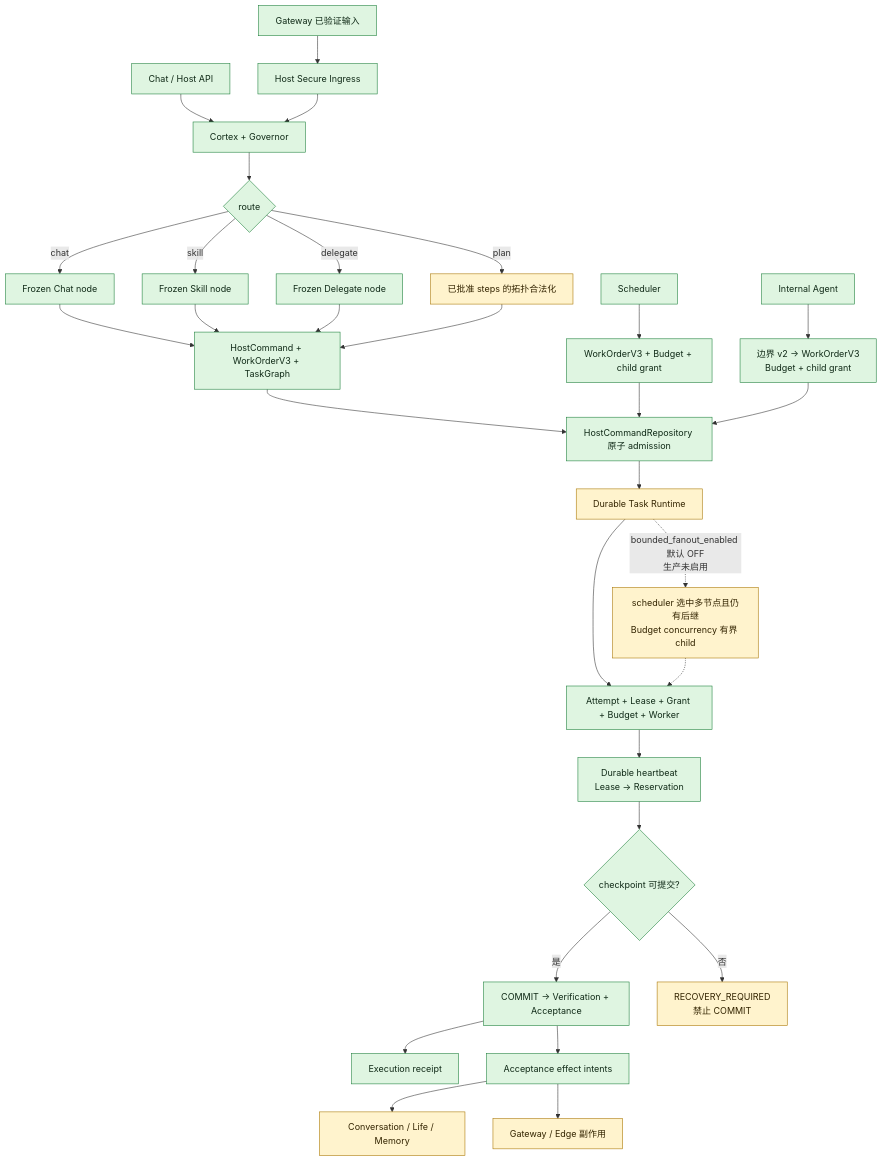
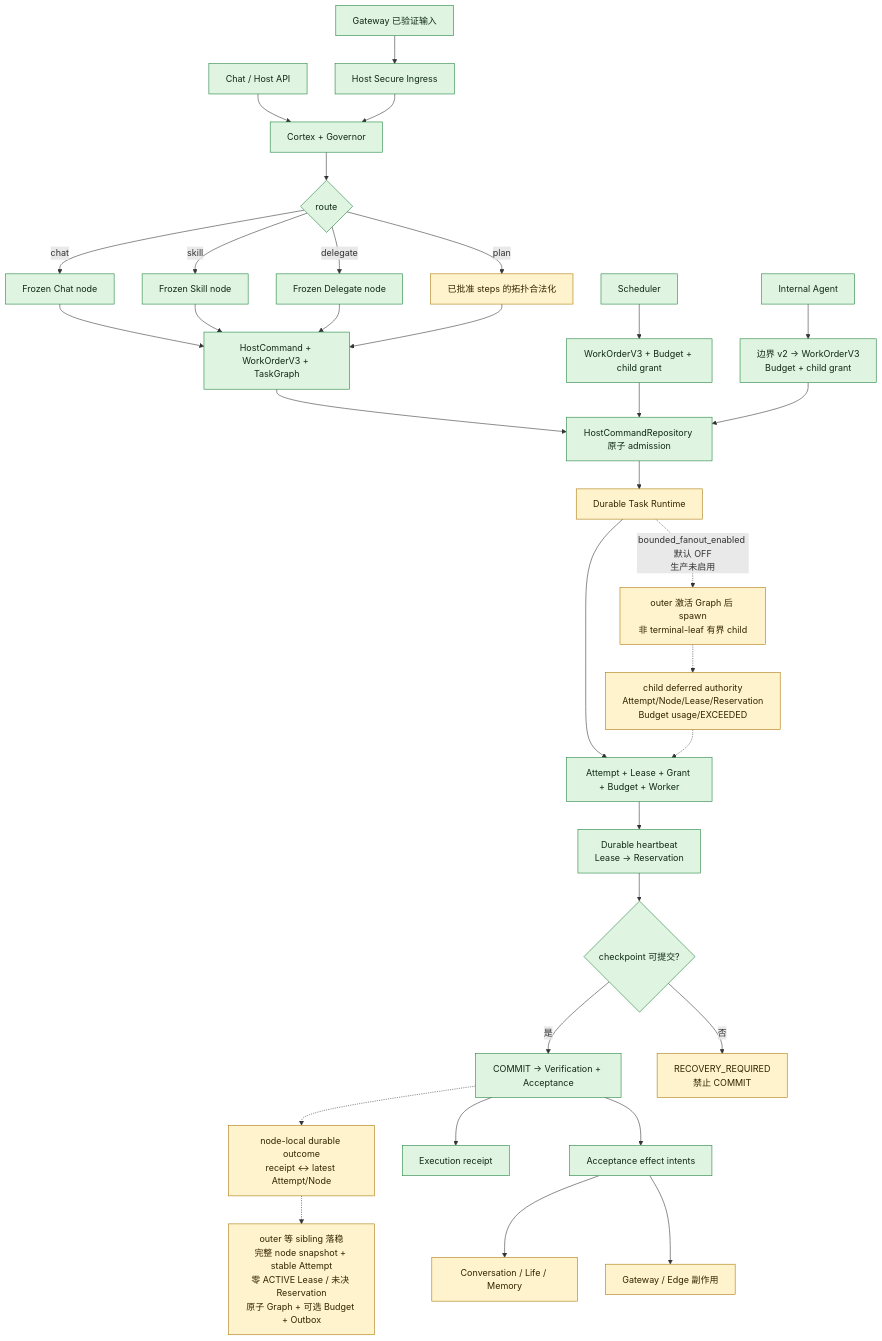
Before and after one commit to SakuraYoruno/Natsume_Ai: the first of 3 diagrams in docs/50_project/arch/DATA_FLOW_ARCHITECTURE.md, drawn with Mermaid. The commit also changed other lines of this file and 19 other files, not shown here.

````diff
--- a/docs/50_project/arch/DATA_FLOW_ARCHITECTURE.md
+++ b/docs/50_project/arch/DATA_FLOW_ARCHITECTURE.md
@@ -35,40 +35,43 @@
 ```mermaid
 flowchart TD
     UI["Chat / Host API"] --> Cortex["Cortex + Governor"]
     GW["Gateway 已验证输入"] --> Ingress["Host Secure Ingress"]
     Ingress --> Cortex
 
     Cortex --> Route{"route"}
     Route -->|chat| Chat["Frozen Chat node"]
     Route -->|skill| Skill["Frozen Skill node"]
     Route -->|delegate| Delegate["Frozen Delegate node"]
     Route -->|plan| Plan["已批准 steps 的拓扑合法化"]
 
     Chat --> Compile["HostCommand + WorkOrderV3 + TaskGraph"]
     Skill --> Compile
     Delegate --> Compile
     Plan --> Compile
     Compile --> Admission["HostCommandRepository 原子 admission"]
     Admission --> Runtime["Durable Task Runtime"]
     Runtime --> Worker["Attempt + Lease + Grant + Budget + Worker"]
-    Runtime -.->|"bounded_fanout_enabled 默认 OFF\n生产未启用"| ShadowFanOut["scheduler 选中多节点且仍有后继\nBudget concurrency 有界 child"]
-    ShadowFanOut -.-> Worker
+    Runtime -.->|"bounded_fanout_enabled 默认 OFF\n生产未启用"| ShadowFanOut["outer 激活 Graph 后 spawn\n非 terminal-leaf 有界 child"]
+    ShadowFanOut -.-> NodeLocal["child deferred authority\nAttempt/Node/Lease/Reservation\nBudget usage/EXCEEDED"]
+    NodeLocal -.-> Worker
     Worker --> HB["Durable heartbeat\nLease → Reservation"]
     HB --> Checkpoint{"checkpoint 可提交?"}
     Checkpoint -->|是| VA["COMMIT → Verification + Acceptance"]
     Checkpoint -->|否| Recovery["RECOVERY_REQUIRED\n禁止 COMMIT"]
+    VA -.-> DurableOutcome["node-local durable outcome\nreceipt ↔ latest Attempt/Node"]
+    DurableOutcome -.-> OuterSettle["outer 等 sibling 落稳\n完整 node snapshot + stable Attempt\n零 ACTIVE Lease / 未决 Reservation\n原子 Graph + 可选 Budget + Outbox"]
     VA --> Receipt["Execution receipt"]
     VA --> Effects["Acceptance effect intents"]
     Effects --> Conversation["Conversation / Life / Memory"]
     Effects --> Delivery["Gateway / Edge 副作用"]
 
     Scheduler["Scheduler"] --> SchedulerWO["WorkOrderV3 + Budget + child grant"]
     SchedulerWO --> Admission
     Internal["Internal Agent"] --> InternalWO["边界 v2 → WorkOrderV3\nBudget + child grant"]
     InternalWO --> Admission
 
     classDef wired fill:#dff5e1,stroke:#1b7f3a,color:#102a17;
     classDef partial fill:#fff3cd,stroke:#a87500,color:#332400;
     class UI,GW,Ingress,Cortex,Route,Chat,Skill,Delegate,Compile,Admission,Worker,HB,Checkpoint,VA,Receipt,Effects,Scheduler,SchedulerWO,Internal,InternalWO wired;
-    class Plan,Runtime,ShadowFanOut,Recovery,Conversation,Delivery partial;
+    class Plan,Runtime,ShadowFanOut,NodeLocal,DurableOutcome,OuterSettle,Recovery,Conversation,Delivery partial;
 ```
````
